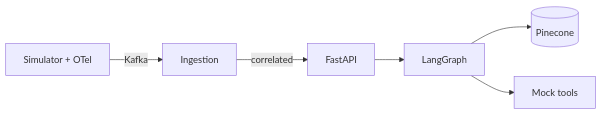
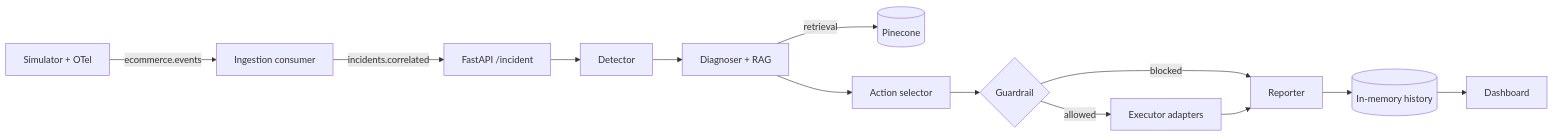
One commit to razzdrawon/aiops-platform changed the diagram in README.md. Above: the diagram before and after it, drawn with Mermaid. The commit also changed other lines of this file, not shown here.

Commit message:
docs: rewrite README with architecture walkthrough and sample outputs

````diff
--- a/README.md
+++ b/README.md
@@ -106,8 +130,15 @@
 ```mermaid
 flowchart LR
-  Sim[Simulator + OTel] -->|Kafka| Ing[Ingestion]
-  Ing -->|correlated| API[FastAPI]
-  API --> Graph[LangGraph]
-  Graph --> PC[(Pinecone)]
-  Graph --> Tools[Mock tools]
+  Sim[Simulator + OTel] -->|ecommerce.events| Ing[Ingestion consumer]
+  Ing -->|incidents.correlated| API[FastAPI /incident]
+  API --> Det[Detector]
+  Det --> Diag[Diagnoser + RAG]
+  Diag -->|retrieval| PC[(Pinecone)]
+  Diag --> Sel[Action selector]
+  Sel --> GR{Guardrail}
+  GR -- allowed --> Exe[Executor adapters]
+  GR -- blocked --> Rep[Reporter]
+  Exe --> Rep
+  Rep --> Hist[(In-memory history)]
+  Hist --> Dash[Dashboard]
 ```
````
